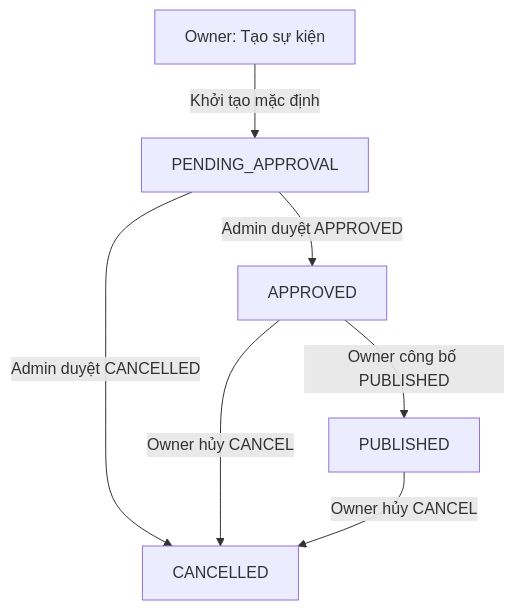
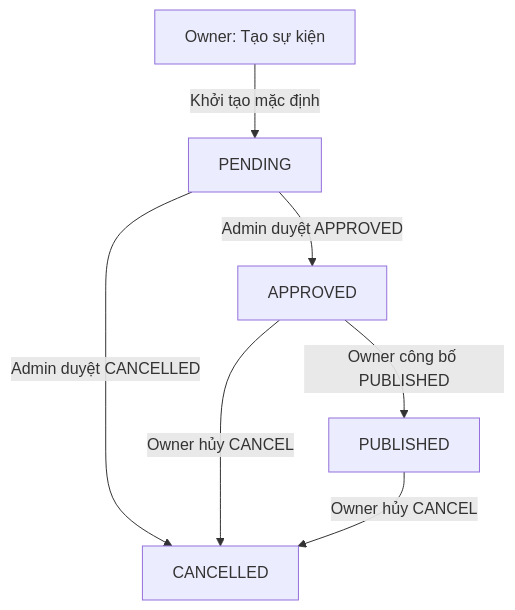
Before and after one commit to PhungVanLong/thesis-tickethub: the second of 2 diagrams in BE/management/docs/fe_integration_guide.md, drawn with Mermaid. The commit also changed other lines of this file and 10 other files, not shown here.

````diff
--- a/BE/management/docs/fe_integration_guide.md
+++ b/BE/management/docs/fe_integration_guide.md
@@ -167,9 +167,9 @@
 ```mermaid
 graph TD
-    CREATE[Owner: Tạo sự kiện] -->|Khởi tạo mặc định| PENDING_APP[PENDING_APPROVAL]
-    PENDING_APP -->|Admin duyệt APPROVED| APPROVED[APPROVED]
-    PENDING_APP -->|Admin duyệt CANCELLED| CANCELLED[CANCELLED]
+    CREATE[Owner: Tạo sự kiện] -->|Khởi tạo mặc định| PENDING[PENDING]
+    PENDING -->|Admin duyệt APPROVED| APPROVED[APPROVED]
+    PENDING -->|Admin duyệt CANCELLED| CANCELLED[CANCELLED]
     APPROVED -->|Owner công bố PUBLISHED| PUBLISHED[PUBLISHED]
     APPROVED -->|Owner hủy CANCEL| CANCELLED
     PUBLISHED -->|Owner hủy CANCEL| CANCELLED
 ```
````
